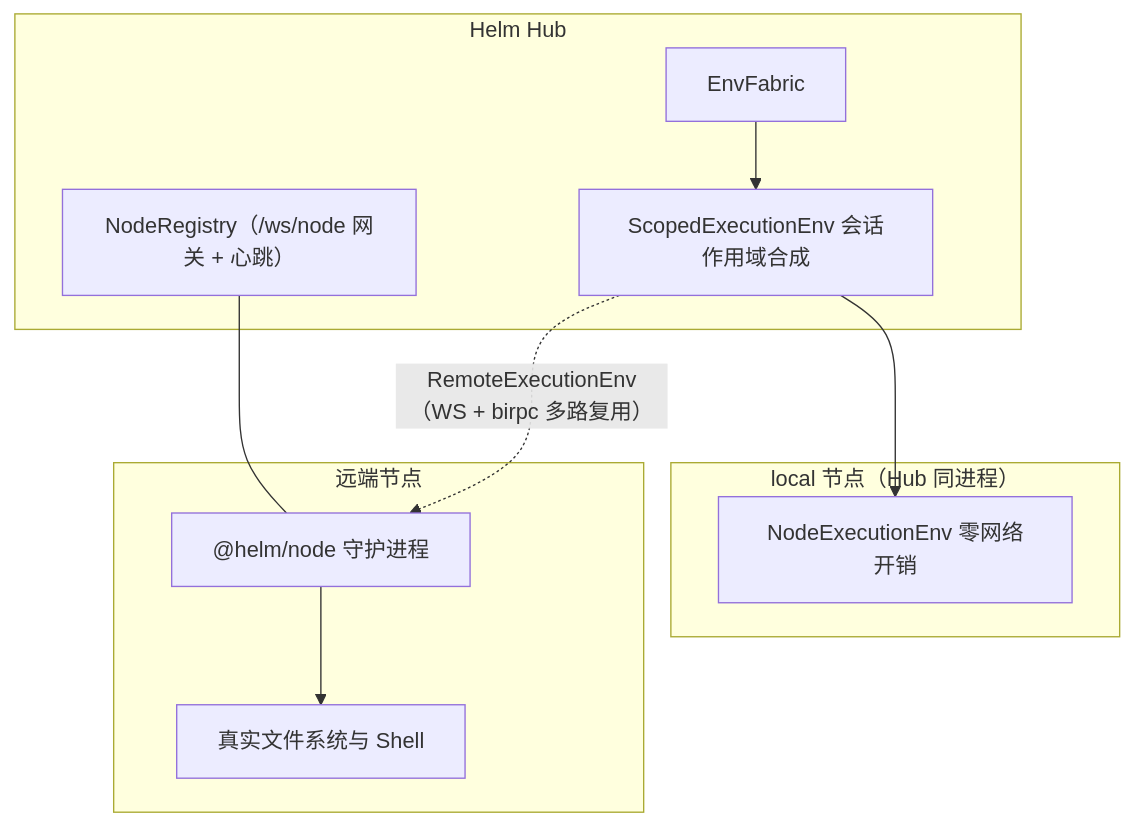
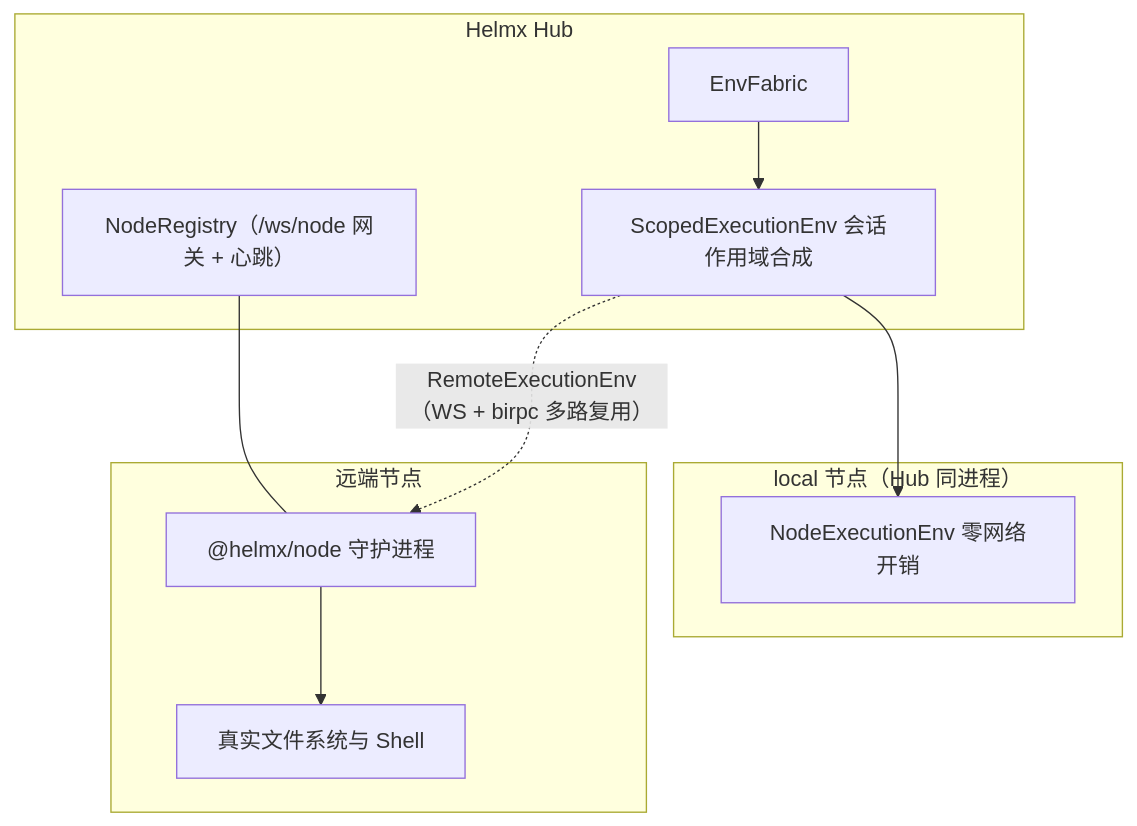
Before and after one commit to team4u/helm: the first of 4 diagrams in docs/architecture/envfabric.md, drawn with Mermaid. The commit also changed other lines of this file and 34 other files, not shown here.

````diff
--- a/docs/architecture/envfabric.md
+++ b/docs/architecture/envfabric.md
@@ -9,20 +9,20 @@
 ```mermaid
 flowchart TD
-    subgraph Kernel["Helm Hub"]
+    subgraph Kernel["Helmx Hub"]
         Fabric["EnvFabric"]
         Registry["NodeRegistry（/ws/node 网关 + 心跳）"]
         Scoped["ScopedExecutionEnv 会话作用域合成"]
     end
     subgraph Local["local 节点（Hub 同进程）"]
         NodeEnv["NodeExecutionEnv 零网络开销"]
     end
     subgraph Remote["远端节点"]
-        Daemon["@helm/node 守护进程"]
+        Daemon["@helmx/node 守护进程"]
         NodeFs["真实文件系统与 Shell"]
     end
     Fabric --> Scoped
     Scoped --> NodeEnv
     Scoped -.->|"RemoteExecutionEnv（WS + birpc 多路复用）"| Daemon
     Daemon --> NodeFs
     Registry --- Daemon
 ```
````
